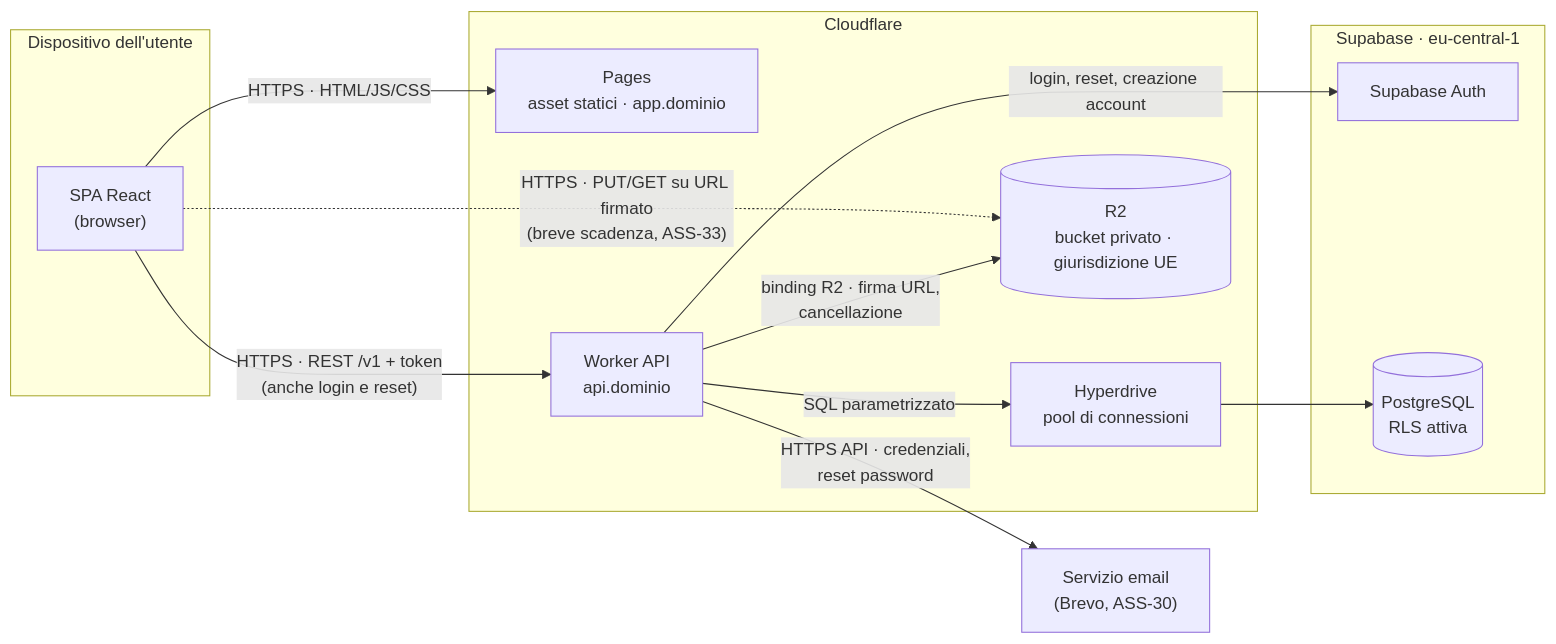
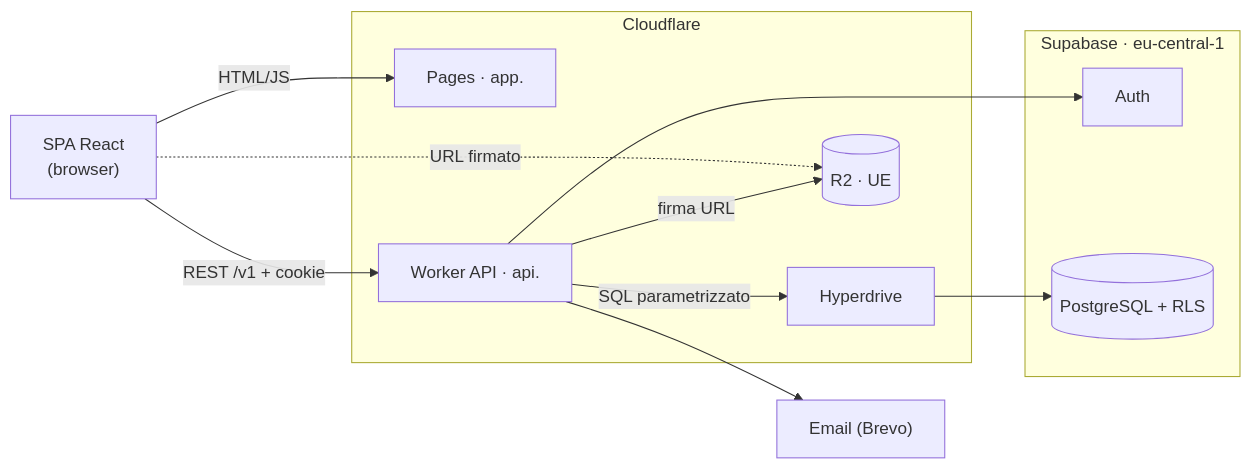
The first of 3 diagrams in PRD.MD (chriss0299/scuolachill), drawn with Mermaid before and after one commit. The commit also changed other lines of this file and 46 other files, not shown here.

````diff
--- a/PRD.MD
+++ b/PRD.MD
@@ -835,29 +561,22 @@
 ```mermaid
 flowchart LR
-    subgraph utente["Dispositivo dell'utente"]
-        SPA["SPA React<br/>(browser)"]
+    SPA["SPA React<br/>(browser)"]
+    subgraph cf["Cloudflare"]
+        PAGES["Pages · app."]
+        W["Worker API · api."]
+        HD["Hyperdrive"]
+        R2[("R2 · UE")]
     end
-
-    subgraph cf["Cloudflare"]
-        PAGES["Pages<br/>asset statici · app.dominio"]
-        W["Worker API<br/>api.dominio"]
-        HD["Hyperdrive<br/>pool di connessioni"]
-        R2[("R2<br/>bucket privato · giurisdizione UE")]
+    subgraph sb["Supabase · eu-central-1"]
+        AUTH["Auth"]
+        PG[("PostgreSQL + RLS")]
     end
-
-    subgraph sb["Supabase · eu-central-1"]
-        AUTH["Supabase Auth"]
-        PG[("PostgreSQL<br/>RLS attiva")]
-    end
-
-    MAIL["Servizio email<br/>(Brevo, ASS-30)"]
-
-    SPA -- "HTTPS · HTML/JS/CSS" --> PAGES
-    SPA -- "HTTPS · REST /v1 + token<br/>(anche login e reset)" --> W
-    SPA -. "HTTPS · PUT/GET su URL firmato<br/>(breve scadenza, ASS-33)" .-> R2
-    W -- "login, reset, creazione account" --> AUTH
-    W -- "SQL parametrizzato" --> HD
-    HD --> PG
-    W -- "binding R2 · firma URL,<br/>cancellazione" --> R2
-    W -- "HTTPS API · credenziali,<br/>reset password" --> MAIL
+    MAIL["Email (Brevo)"]
+    SPA -- "HTML/JS" --> PAGES
+    SPA -- "REST /v1 + cookie" --> W
+    SPA -. "URL firmato" .-> R2
+    W --> AUTH
+    W -- "SQL parametrizzato" --> HD --> PG
+    W -- "firma URL" --> R2
+    W --> MAIL
 ```
````
